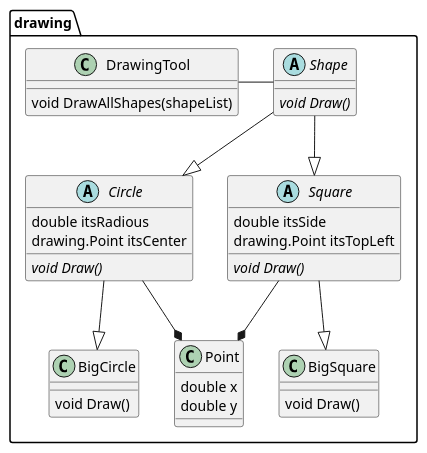
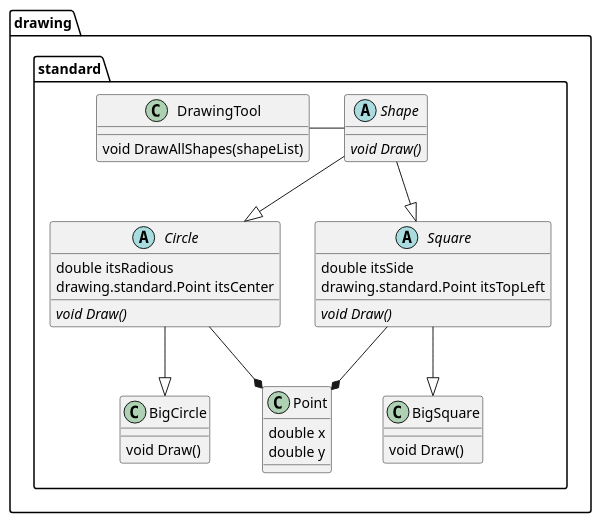
The diagram in src/main/resources/DrawingTool.puml (cutem-0104/ProgrammingPrinciple), drawn with PlantUML before and after one commit. The commit also changed 12 other files, not shown here.

```diff
--- a/src/main/resources/DrawingTool.puml
+++ b/src/main/resources/DrawingTool.puml
@@ -1,42 +1,42 @@
 @startuml
 
 package drawing {}
-abstract class drawing.Shape {
+abstract class drawing.standard.Shape {
   {abstract} void Draw()
 }
 
-abstract class drawing.Circle {
+abstract class drawing.standard.Circle {
   double itsRadious
-  drawing.Point itsCenter
+  drawing.standard.Point itsCenter
   {abstract} void Draw()
 }
-abstract class drawing.Square {
+abstract class drawing.standard.Square {
   double itsSide
-	drawing.Point itsTopLeft
+	drawing.standard.Point itsTopLeft
   {abstract} void Draw()
 }
 
-class drawing.Point {
+class drawing.standard.Point {
   double x
   double y
 }
-class drawing.BigCircle {
+class drawing.standard.BigCircle {
   void Draw()
 }
-class drawing.BigSquare {
+class drawing.standard.BigSquare {
   void Draw()
 }
-class drawing.DrawingTool {
+class drawing.standard.DrawingTool {
   void DrawAllShapes(shapeList)
 }
 
-drawing.DrawingTool -r- drawing.Shape
-drawing.Shape --|> drawing.Circle
-drawing.Shape --|> drawing.Square
-drawing.Circle --* drawing.Point
-drawing.Square --* drawing.Point
-drawing.Circle --|> drawing.BigCircle
-drawing.Square --|> drawing.BigSquare
+drawing.standard.DrawingTool -r- drawing.standard.Shape
+drawing.standard.Shape --|> drawing.standard.Circle
+drawing.standard.Shape --|> drawing.standard.Square
+drawing.standard.Circle --* drawing.standard.Point
+drawing.standard.Square --* drawing.standard.Point
+drawing.standard.Circle --|> drawing.standard.BigCircle
+drawing.standard.Square --|> drawing.standard.BigSquare
 
 
 @enduml
```
